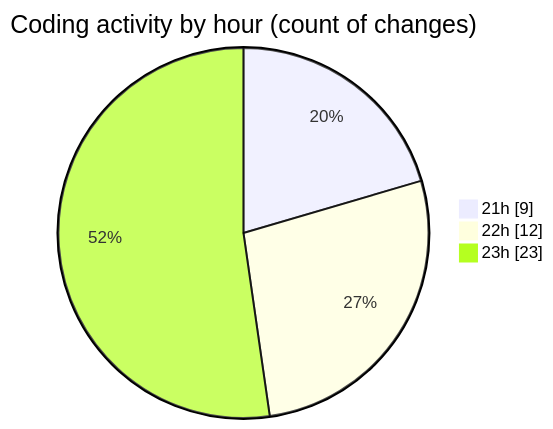
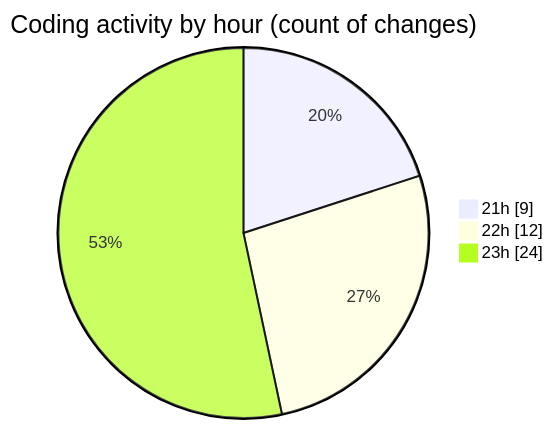
Before and after one commit to idhammustaqopulfikri/code-tracking: the second of 2 diagrams in 2025-03-29/autodidak/README.md, drawn with Mermaid. The commit also changed other lines of this file and 1 other file, not shown here.

````diff
--- a/2025-03-29/autodidak/README.md
+++ b/2025-03-29/autodidak/README.md
@@ -37,7 +37,7 @@
 ```mermaid
 pie showData
 title Coding activity by hour (count of changes)
 "21h" : 9
 "22h" : 12
-"23h" : 23
+"23h" : 24
 ```
````
